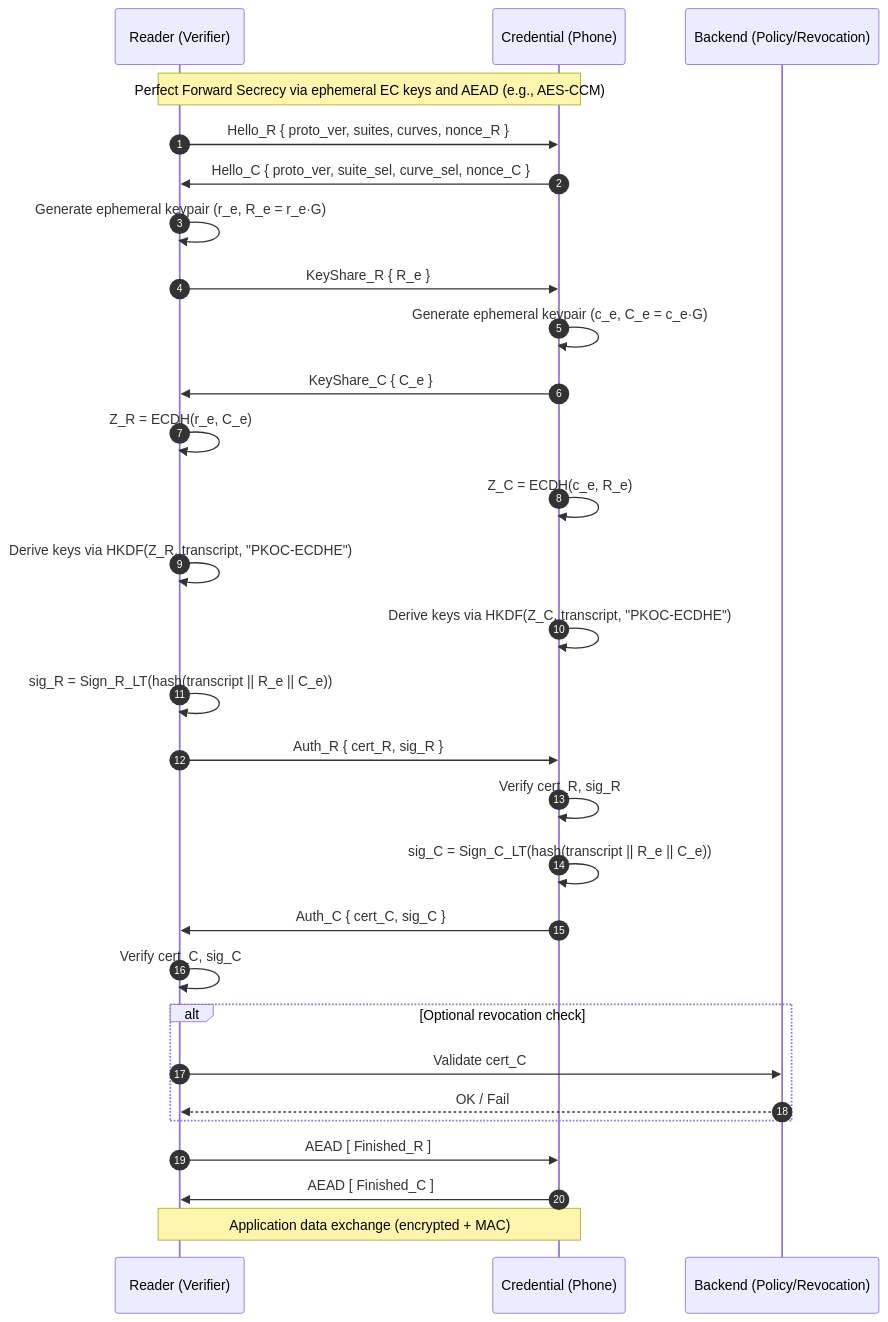
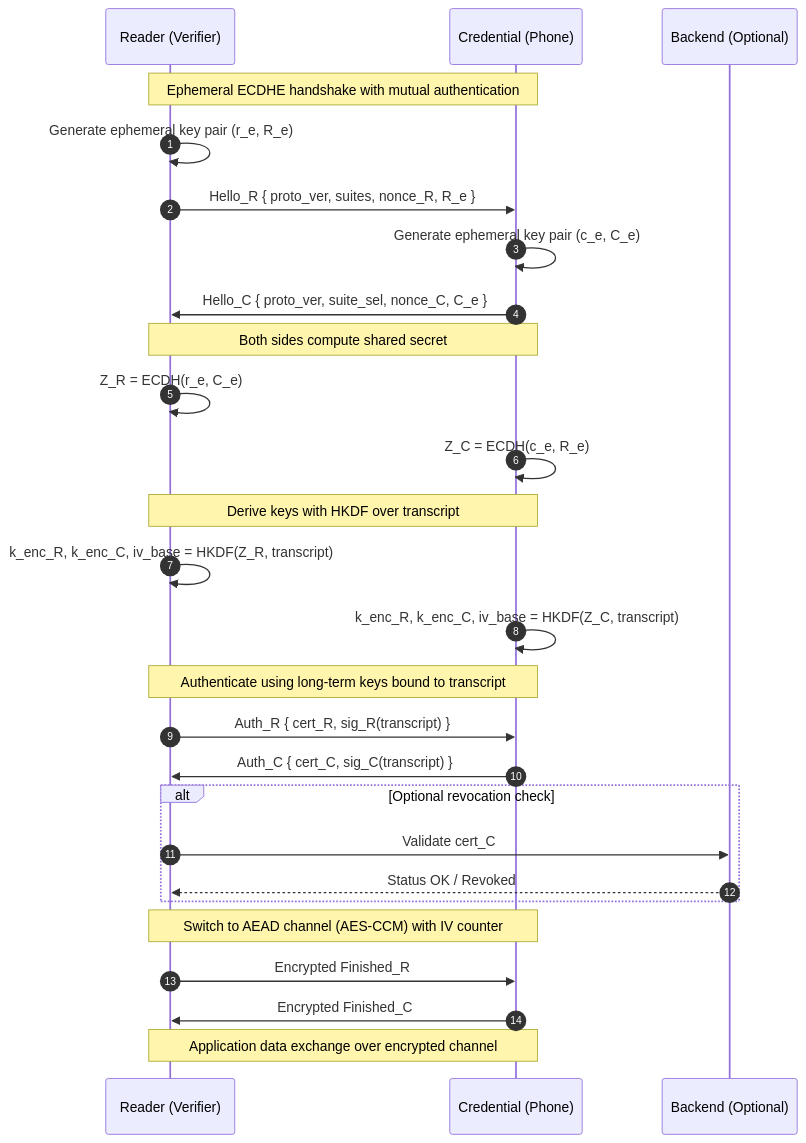
One commit to psialliance-org/com-psia-pkoc changed the second of 3 diagrams in README.md. Above: the diagram before and after it, drawn with Mermaid. The commit also changed other lines of this file, not shown here.

Commit message:
Update README.md
Fix diagram for ECDHE

````diff
--- a/README.md
+++ b/README.md
@@ -100,40 +100,37 @@
 ```mermaid
 sequenceDiagram
     autonumber
     participant R as Reader (Verifier)
     participant C as Credential (Phone)
-    participant B as Backend (Policy/Revocation)
+    participant B as Backend (Optional)
 
-    Note over R,C: Perfect Forward Secrecy via ephemeral EC keys and AEAD (e.g., AES-CCM)
+    Note over R,C: Ephemeral ECDHE handshake with mutual authentication
 
-    R->>C: Hello_R { proto_ver, suites, curves, nonce_R }
-    C->>R: Hello_C { proto_ver, suite_sel, curve_sel, nonce_C }
+    R->>R: Generate ephemeral key pair (r_e, R_e)
+    R->>C: Hello_R { proto_ver, suites, nonce_R, R_e }
+    C->>C: Generate ephemeral key pair (c_e, C_e)
+    C->>R: Hello_C { proto_ver, suite_sel, nonce_C, C_e }
 
-    R->>R: Generate ephemeral keypair (r_e, R_e = r_e·G)
-    R->>C: KeyShare_R { R_e }
-    C->>C: Generate ephemeral keypair (c_e, C_e = c_e·G)
-    C->>R: KeyShare_C { C_e }
-
+    Note over R,C: Both sides compute shared secret
     R->>R: Z_R = ECDH(r_e, C_e)
     C->>C: Z_C = ECDH(c_e, R_e)
 
-    R->>R: Derive keys via HKDF(Z_R, transcript, "PKOC-ECDHE")
-    C->>C: Derive keys via HKDF(Z_C, transcript, "PKOC-ECDHE")
+    Note over R,C: Derive keys with HKDF over transcript
+    R->>R: k_enc_R, k_enc_C, iv_base = HKDF(Z_R, transcript)
+    C->>C: k_enc_R, k_enc_C, iv_base = HKDF(Z_C, transcript)
 
-    R->>R: sig_R = Sign_R_LT(hash(transcript || R_e || C_e))
-    R->>C: Auth_R { cert_R, sig_R }
-    C->>C: Verify cert_R, sig_R
-    C->>C: sig_C = Sign_C_LT(hash(transcript || R_e || C_e))
-    C->>R: Auth_C { cert_C, sig_C }
-    R->>R: Verify cert_C, sig_C
+    Note over R,C: Authenticate using long-term keys bound to transcript
+    R->>C: Auth_R { cert_R, sig_R(transcript) }
+    C->>R: Auth_C { cert_C, sig_C(transcript) }
 
     alt Optional revocation check
         R->>B: Validate cert_C
-        B-->>R: OK / Fail
+        B-->>R: Status OK / Revoked
     end
 
-    R->>C: AEAD [ Finished_R ]
-    C->>R: AEAD [ Finished_C ]
+    Note over R,C: Switch to AEAD channel (AES-CCM) with IV counter
+    R->>C: Encrypted Finished_R
+    C->>R: Encrypted Finished_C
 
-    Note over R,C: Application data exchange (encrypted + MAC)
+    Note over R,C: Application data exchange over encrypted channel
 ```
````
